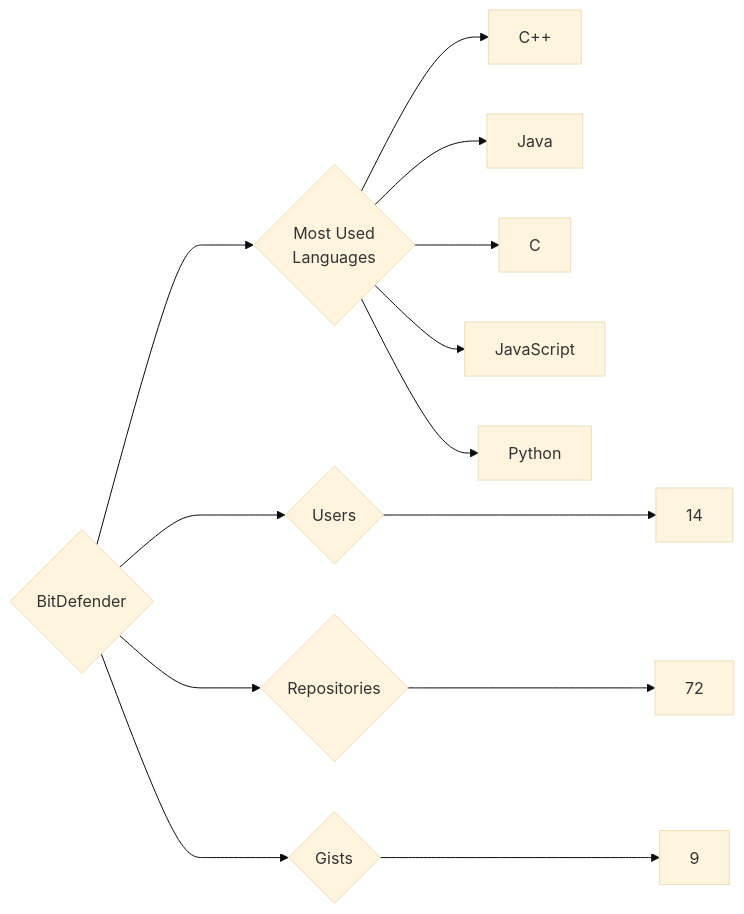
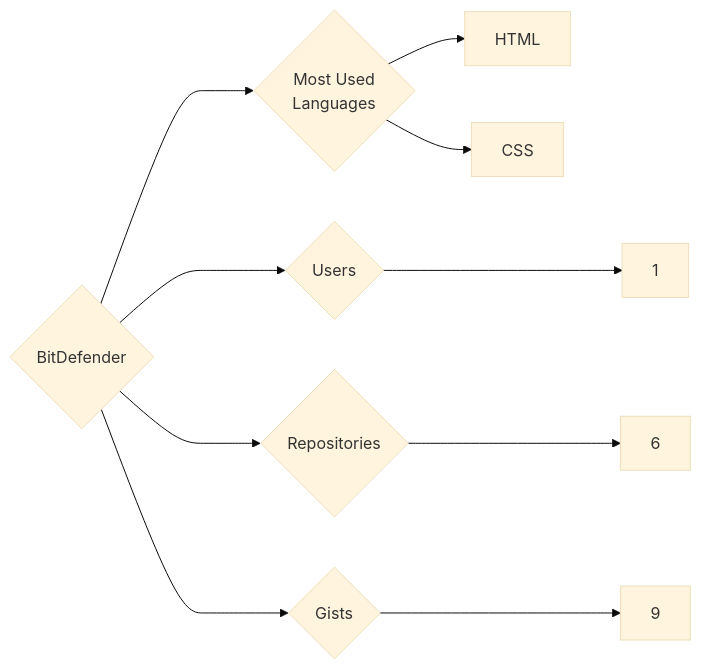
Before and after one commit to trickest/insiders: the diagram in targets/BitDefender/README.md, drawn with Mermaid (base theme). The commit also changed 679 other files, not shown here.

````diff
--- a/targets/BitDefender/README.md
+++ b/targets/BitDefender/README.md
@@ -3,13 +3,10 @@
 ```mermaid
 graph LR
 COMPANY_NAME{BitDefender}
-COMPANY_NAME ---> U{Users} ---> UN[14]
-COMPANY_NAME ---> R{Repositories} ---> RN[72]
+COMPANY_NAME ---> U{Users} ---> UN[1]
+COMPANY_NAME ---> R{Repositories} ---> RN[6]
 COMPANY_NAME ---> G{Gists} ---> GN[9]
 COMPANY_NAME ---> ML{Most Used<br>Languages}
-ML --> C++[C++]
-ML --> Java[Java]
-ML --> C[C]
-ML --> JavaScript[JavaScript]
-ML --> Python[Python]
+ML --> HTML[HTML]
+ML --> CSS[CSS]
 ```
````
